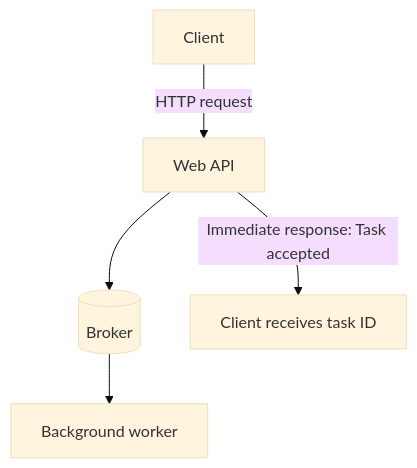
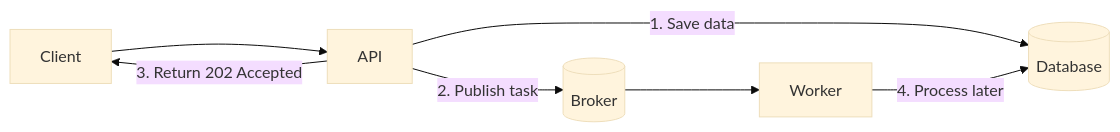
The second of 8 diagrams in src/content/task-processing/celery-vs-taskiq.md (AvadhBhalodiya/Interview-Preparation), drawn with Mermaid (base theme) before and after one commit. The commit also changed other lines of this file and 80 other files, not shown here.

````diff
--- a/src/content/task-processing/celery-vs-taskiq.md
+++ b/src/content/task-processing/celery-vs-taskiq.md
@@ -74,7 +51,9 @@
 ```mermaid
-flowchart TD
-    C[Client] -->|HTTP request| A[Web API]
-    A --> B[(Broker)]
-    B --> W[Background worker]
-    A -->|"Immediate response: Task accepted"| C2[Client receives task ID]
+flowchart LR
+    C[Client] --> A[API]
+    A -->|1. Save data| DB[(Database)]
+    A -->|2. Publish task| B[(Broker)]
+    A -->|3. Return 202 Accepted| C
+    B --> W[Worker]
+    W -->|4. Process later| DB
 ```
````
